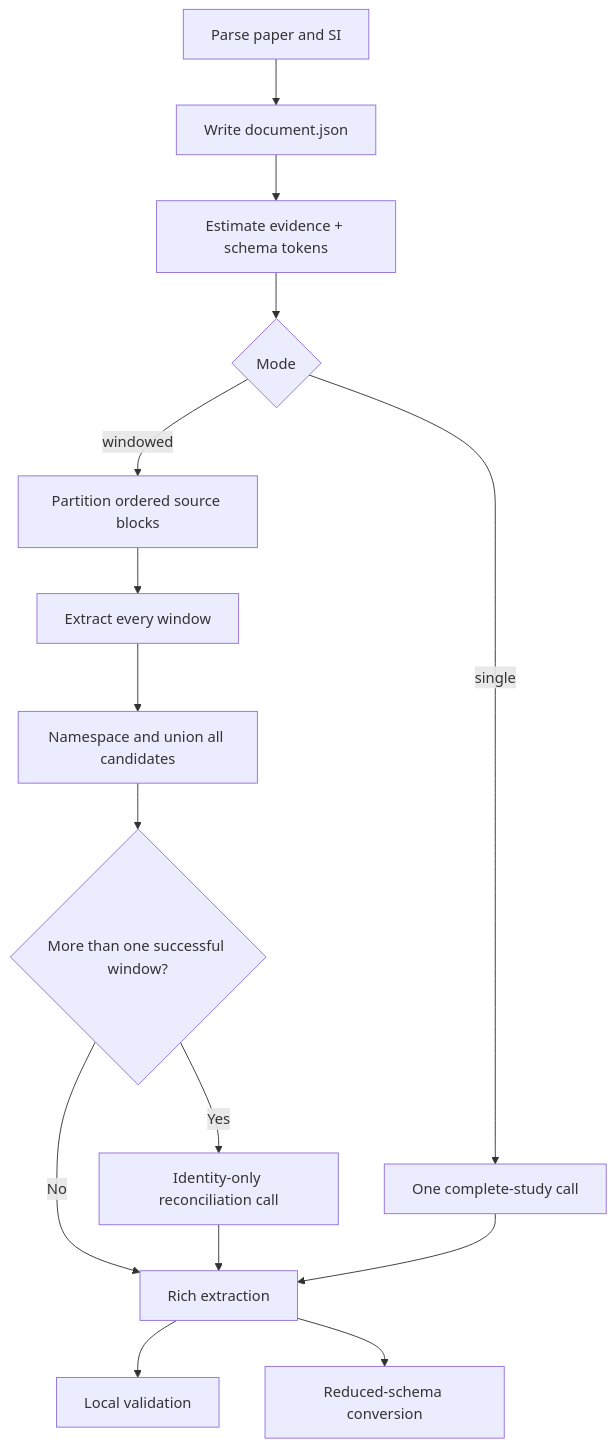
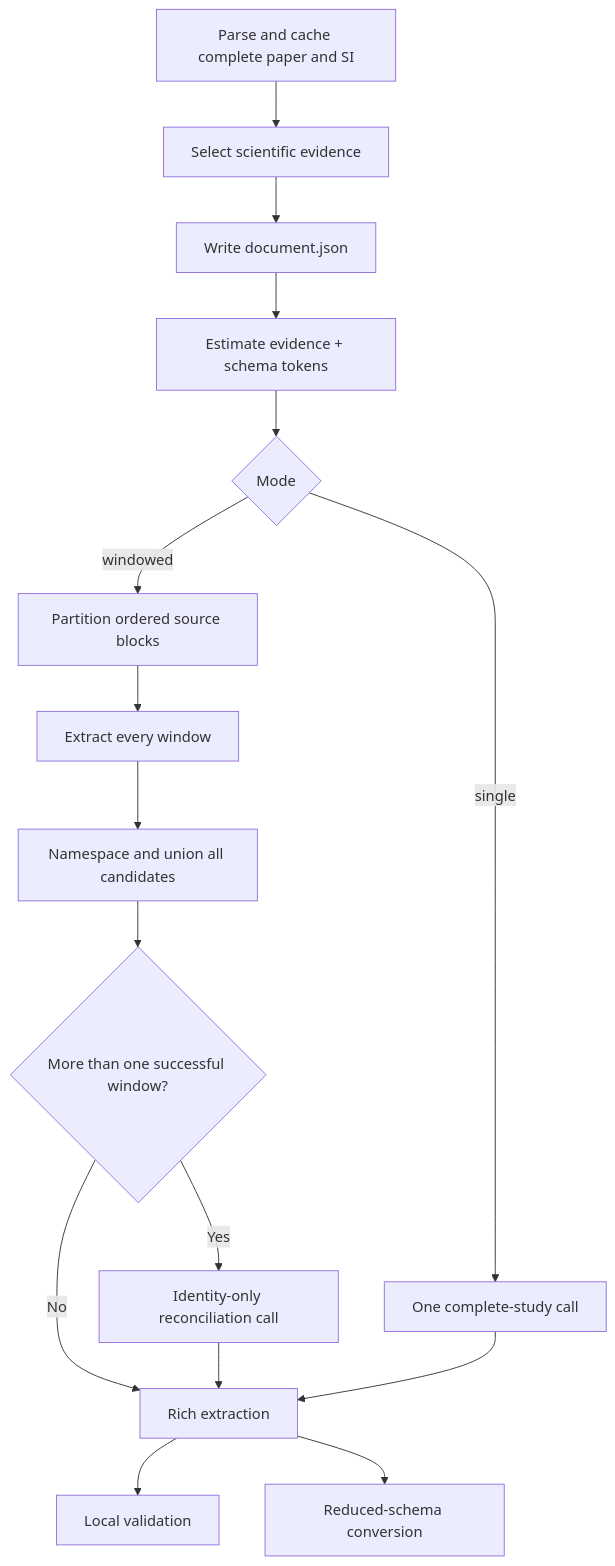
One commit to lamalab-org/perla-extract changed the diagram in docs/workflows/extraction.md. Above: the diagram before and after it, drawn with Mermaid. The commit also changed 11 other files, not shown here.

````diff
--- a/docs/workflows/extraction.md
+++ b/docs/workflows/extraction.md
@@ -8,17 +8,18 @@
 ```mermaid
 flowchart TD
-    A["Parse paper and SI"] --> B["Write document.json"]
-    B --> C["Estimate evidence + schema tokens"]
+    A["Parse and cache complete paper and SI"] --> B["Select scientific evidence"]
+    B --> C0["Write document.json"]
+    C0 --> C["Estimate evidence + schema tokens"]
     C --> D{"Mode"}
     D -->|single| E["One complete-study call"]
     D -->|windowed| F["Partition ordered source blocks"]
     F --> G["Extract every window"]
     G --> H["Namespace and union all candidates"]
     H --> I{"More than one successful window?"}
     I -->|Yes| J["Identity-only reconciliation call"]
     I -->|No| K["Rich extraction"]
     J --> K
     E --> K
     K --> L["Local validation"]
     K --> M["Reduced-schema conversion"]
 ```
````
